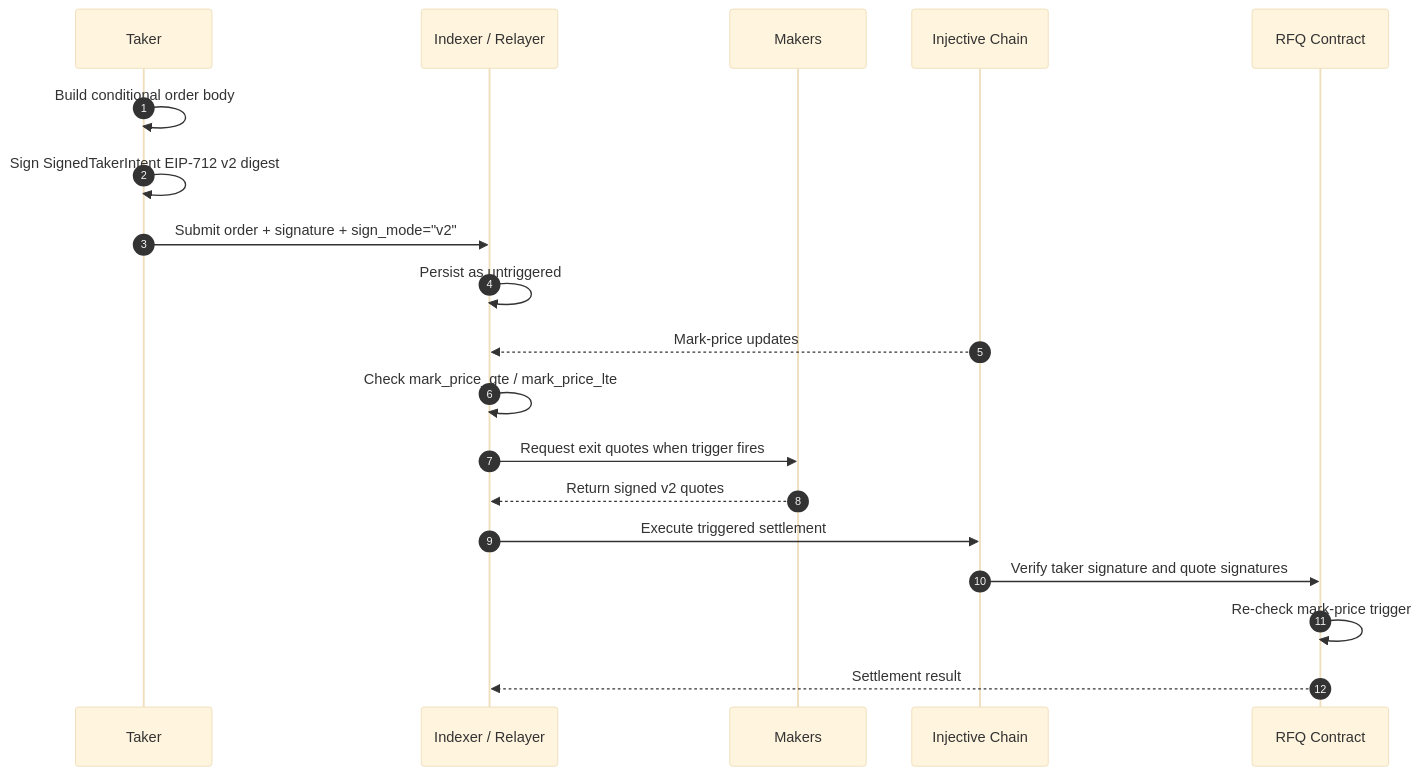
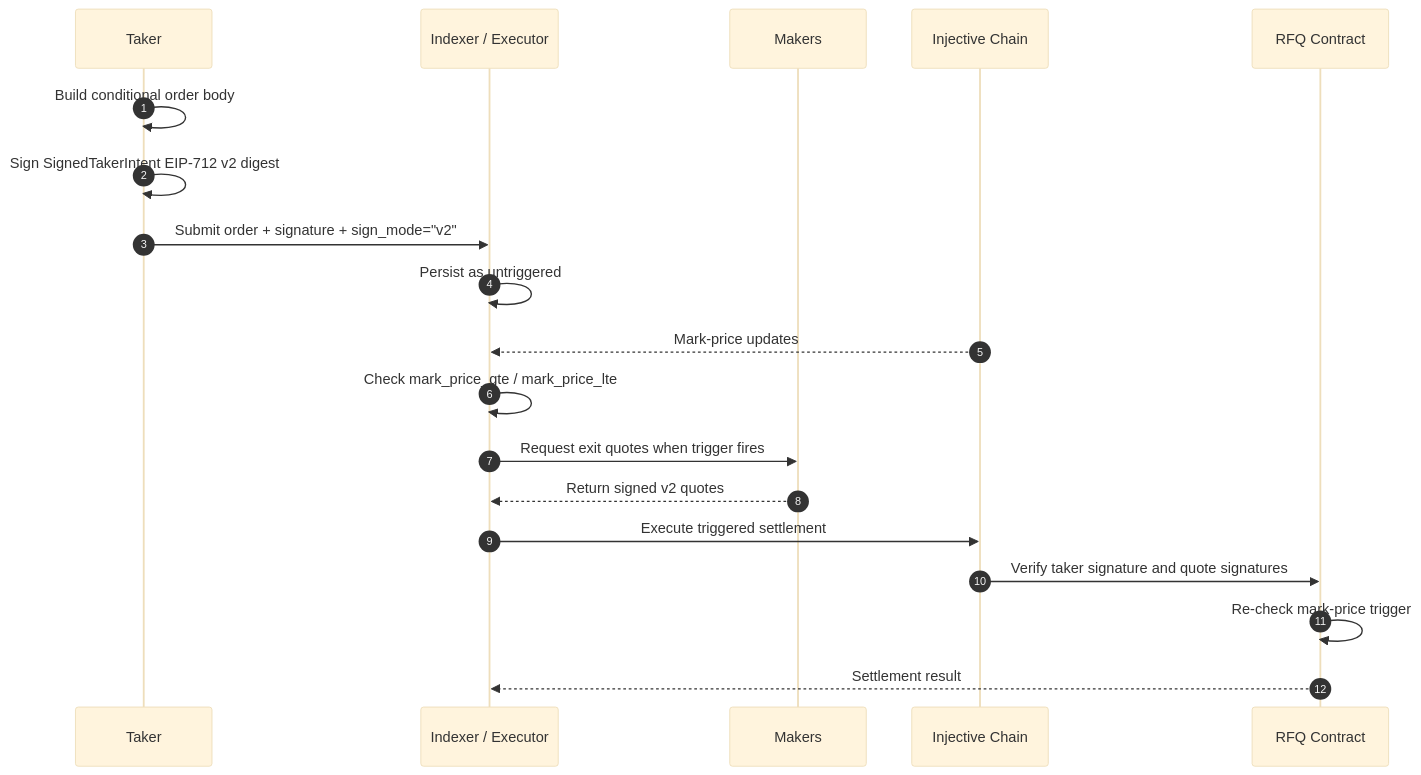
One commit to TrueCurrent/truecurrent-docs changed the diagram in mintlify/sdk-trading/signed-intents.md. Above: the diagram before and after it, drawn with Mermaid (base theme). The commit also changed other lines of this file and 32 other files, not shown here.

Commit message:
docs: clarify TP/SL maker flow

````diff
--- a/mintlify/sdk-trading/signed-intents.md
+++ b/mintlify/sdk-trading/signed-intents.md
@@ -30,22 +30,22 @@
 ```mermaid
 sequenceDiagram
     autonumber
     participant Taker
-    participant Indexer as Indexer / Relayer
+    participant Indexer as Indexer / Executor
     participant MMs as Makers
     participant Chain as Injective Chain
     participant Contract as RFQ Contract
 
     Taker->>Taker: Build conditional order body
     Taker->>Taker: Sign SignedTakerIntent EIP-712 v2 digest
     Taker->>Indexer: Submit order + signature + sign_mode="v2"
     Indexer->>Indexer: Persist as untriggered
     Chain-->>Indexer: Mark-price updates
     Indexer->>Indexer: Check mark_price_gte / mark_price_lte
     Indexer->>MMs: Request exit quotes when trigger fires
     MMs-->>Indexer: Return signed v2 quotes
     Indexer->>Chain: Execute triggered settlement
     Chain->>Contract: Verify taker signature and quote signatures
     Contract->>Contract: Re-check mark-price trigger
     Contract-->>Indexer: Settlement result
 ```
````
